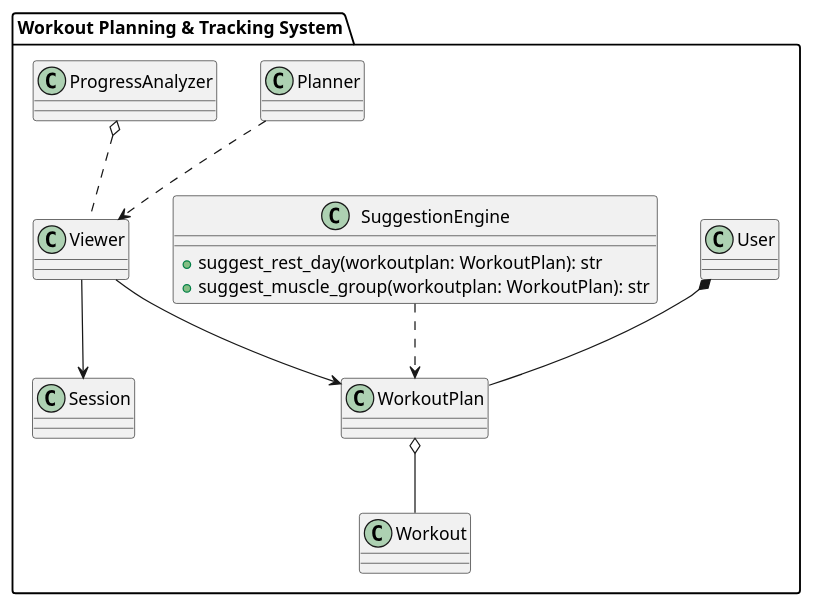
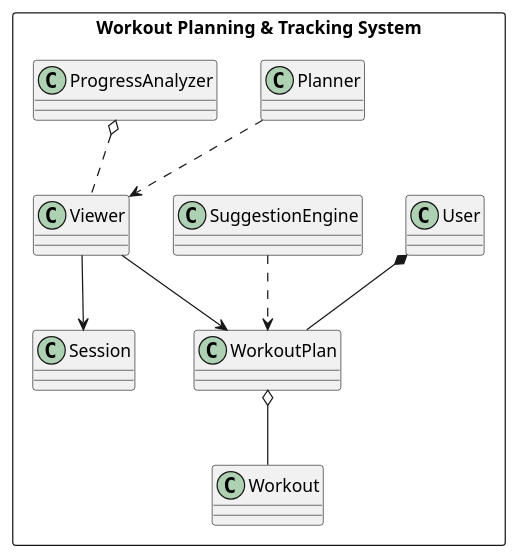
Before and after one commit to kevinru2023/Legion-Of-Code: the diagram in docs/class-diagrams/overallClassDiagram.puml, drawn with PlantUML. The commit also changed 2 other files, not shown here.

Commit message:
tweaked overall	class diagram

```diff
--- a/docs/class-diagrams/overallClassDiagram.puml
+++ b/docs/class-diagrams/overallClassDiagram.puml
@@ -1,39 +1,22 @@
-@startuml
+@startuml overallClassDiagram
 
-package "Workout Planning & Tracking System" {
-    class WorkoutPlan{
-
-    }
-    class Viewer{
-
-    }
-    class Session{
-
-    }
-    class Workout{
-
-    }
-    class User{
-
-    }
-    class SuggestionEngine{
-        {method} +suggest_rest_day(workoutplan: WorkoutPlan): str
-        {method} +suggest_muscle_group(workoutplan: WorkoutPlan): str
-    }
-    class Planner{
-
-    }
-    class ProgressAnalyzer{
-        
-    }
+rectangle "Workout Planning & Tracking System" {
+    class WorkoutPlan
+    class Viewer
+    class Session
+    class Workout
+    class User
+    class SuggestionEngine
+    class Planner
+    class ProgressAnalyzer
 
     WorkoutPlan o-- Workout
     SuggestionEngine ..> WorkoutPlan
     Planner ..> Viewer
     Viewer --> WorkoutPlan
     Viewer --> Session
     ProgressAnalyzer o.. Viewer
     User *-- WorkoutPlan
 }
 
 @enduml
```
